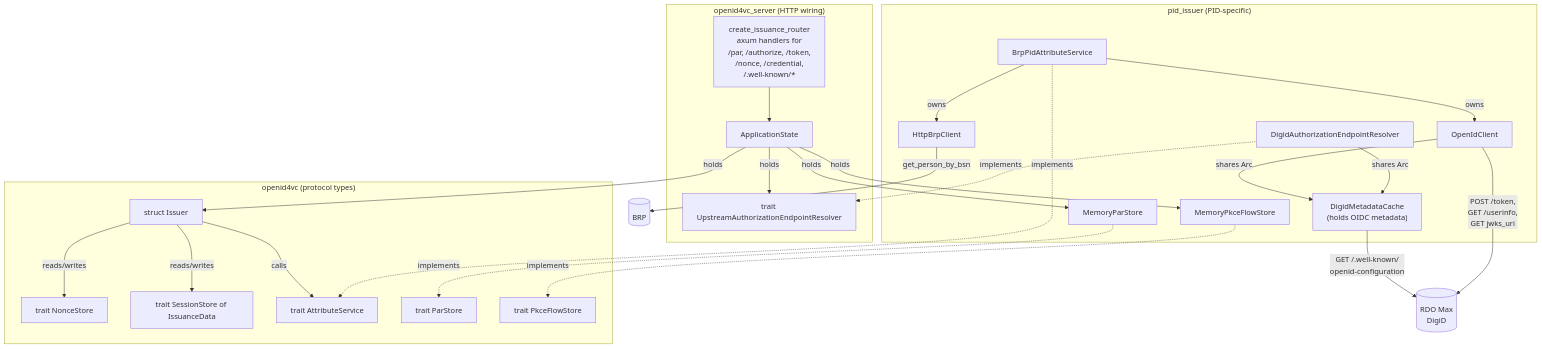
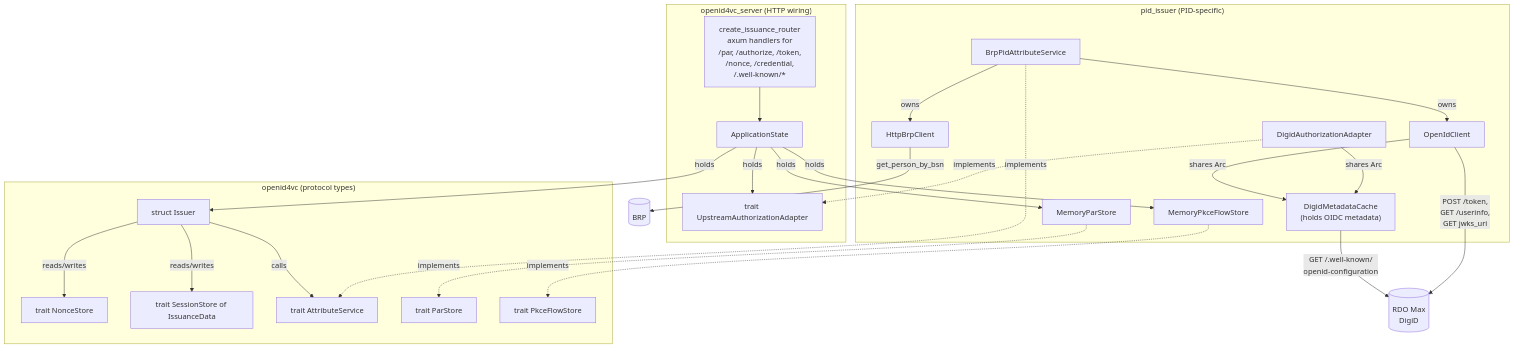
One commit to MinBZK/nl-wallet changed the first of 2 diagrams in wallet_docs/development/pid-issuer-architecture.md. Above: the diagram before and after it, drawn with Mermaid. The commit also changed other lines of this file and 9 other files, not shown here.

First line of the commit message:
Remove nonce from the Wallet's Authorization Request and add it to the upstream one.

````diff
--- a/wallet_docs/development/pid-issuer-architecture.md
+++ b/wallet_docs/development/pid-issuer-architecture.md
@@ -73,53 +76,53 @@
 ```{mermaid}
 flowchart TB
     subgraph ovc["openid4vc (protocol types)"]
         Issuer["struct Issuer"]
         NonceStore_trait["trait NonceStore"]
         SessionStore_trait["trait SessionStore of IssuanceData"]
         AS_trait["trait AttributeService"]
         ParStore_trait["trait ParStore"]
         PkceStore_trait["trait PkceFlowStore"]
     end
 
     subgraph ovcs["openid4vc_server (HTTP wiring)"]
         Router["create_issuance_router<br/>axum handlers for<br/>/par, /authorize, /token,<br/>/nonce, /credential,<br/>/.well-known/*"]
         AppState["ApplicationState"]
-        Upstream_trait["trait UpstreamAuthorizationEndpointResolver"]
+        Upstream_trait["trait UpstreamAuthorizationAdapter"]
     end
 
     subgraph pidi["pid_issuer (PID-specific)"]
         BrpAttr["BrpPidAttributeService"]
-        DigidResolver["DigidAuthorizationEndpointResolver"]
+        DigidAdapter["DigidAuthorizationAdapter"]
         OpenIdClient["OpenIdClient"]
         DigidCache["DigidMetadataCache<br/>(holds OIDC metadata)"]
         BrpClient["HttpBrpClient"]
         MemPar["MemoryParStore"]
         MemPkce["MemoryPkceFlowStore"]
     end
 
     RDO[("RDO Max<br/>DigiD")]
     BRP[("BRP")]
 
     Router --> AppState
     AppState -->|holds| Issuer
     AppState -->|holds| MemPar
     AppState -->|holds| MemPkce
     AppState -->|holds| Upstream_trait
     Issuer -->|calls| AS_trait
     Issuer -->|reads/writes| SessionStore_trait
     Issuer -->|reads/writes| NonceStore_trait
     MemPar -.implements.-> ParStore_trait
     MemPkce -.implements.-> PkceStore_trait
 
     BrpAttr -.implements.-> AS_trait
-    DigidResolver -.implements.-> Upstream_trait
+    DigidAdapter -.implements.-> Upstream_trait
 
     BrpAttr -->|owns| OpenIdClient
     BrpAttr -->|owns| BrpClient
     OpenIdClient -->|shares Arc| DigidCache
-    DigidResolver -->|shares Arc| DigidCache
+    DigidAdapter -->|shares Arc| DigidCache
 
     DigidCache -->|GET /.well-known/<br/>openid-configuration| RDO
     OpenIdClient -->|POST /token,<br/>GET /userinfo,<br/>GET jwks_uri| RDO
     BrpClient -->|get_person_by_bsn| BRP
 ```
````
